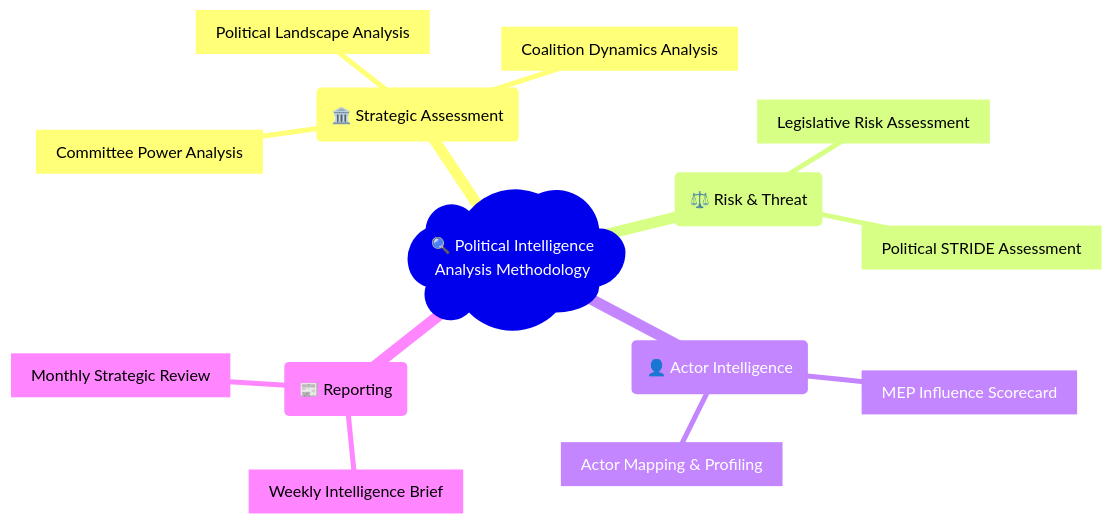
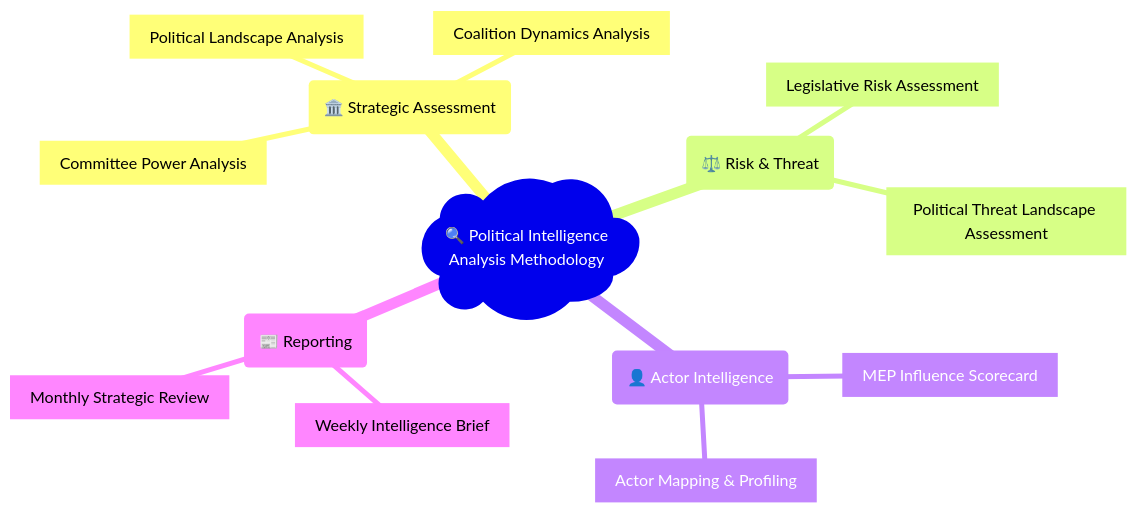
Before and after one commit to Hack23/euparliamentmonitor: the first of 3 diagrams in docs/analysis-methodology/README.md, drawn with Mermaid. The commit also changed other lines of this file and 13 other files, not shown here.

````diff
--- a/docs/analysis-methodology/README.md
+++ b/docs/analysis-methodology/README.md
@@ -40,17 +40,17 @@
 ```mermaid
 mindmap
   root)🔍 Political Intelligence<br/>Analysis Methodology(
     (🏛️ Strategic Assessment)
       [Political Landscape Analysis]
       [Coalition Dynamics Analysis]
       [Committee Power Analysis]
     (⚖️ Risk & Threat)
       [Legislative Risk Assessment]
-      [Political STRIDE Assessment]
+      [Political Threat Landscape Assessment]
     (👤 Actor Intelligence)
       [MEP Influence Scorecard]
       [Actor Mapping & Profiling]
     (📰 Reporting)
       [Weekly Intelligence Brief]
       [Monthly Strategic Review]
 ```
````
